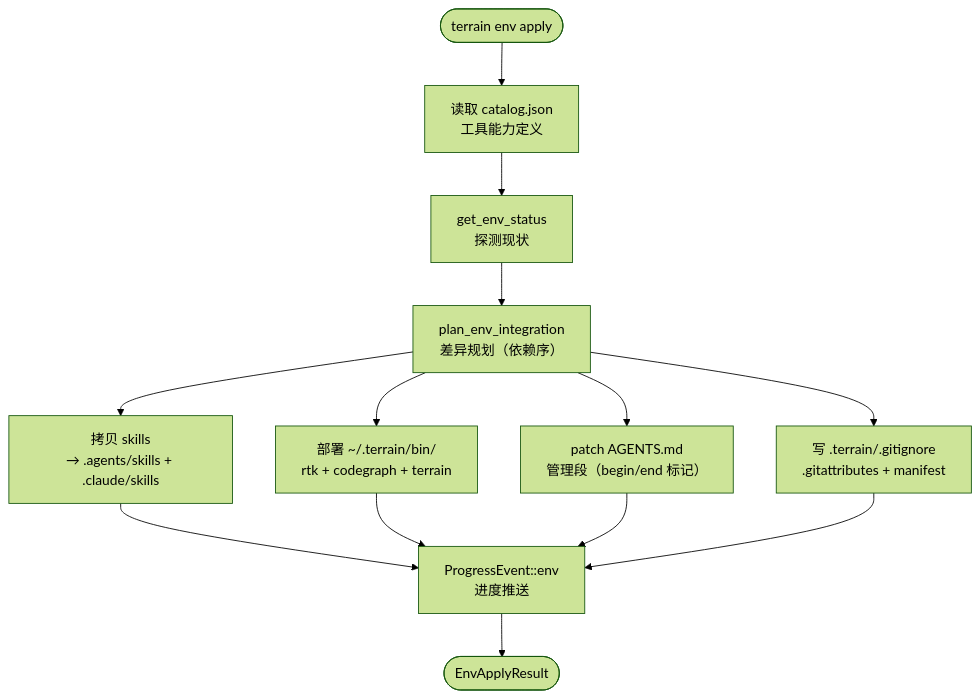
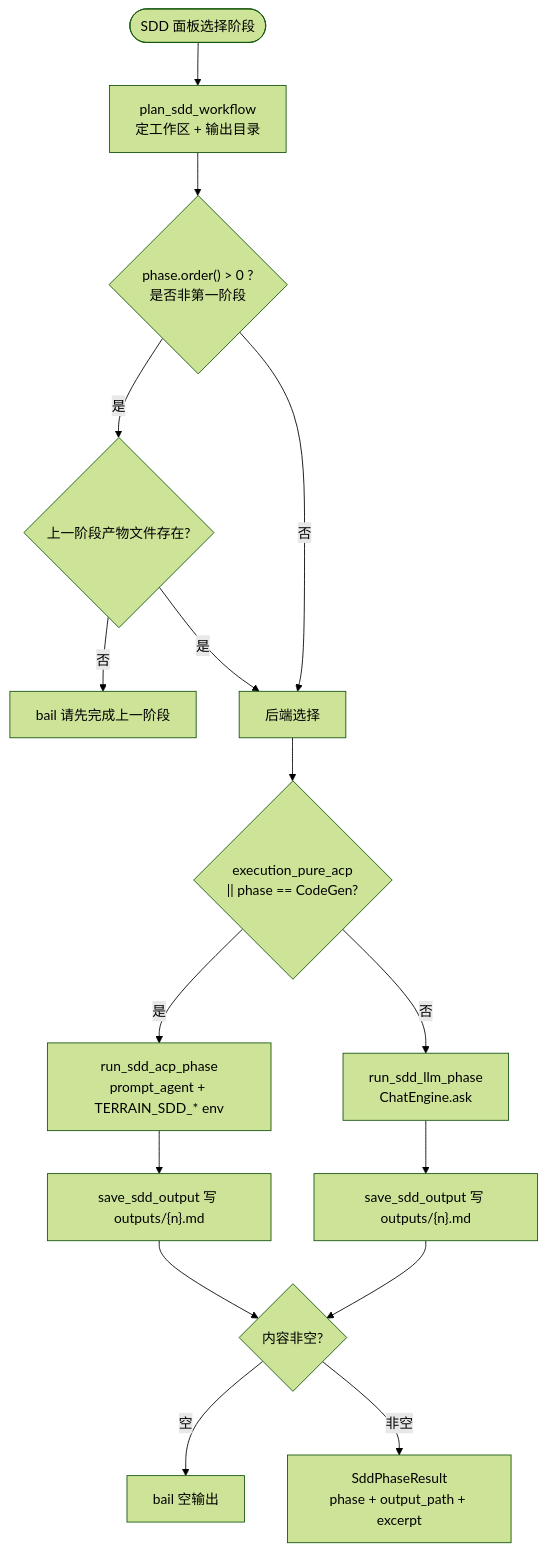
Before and after one commit to sopaco/terrain: the tenth of 11 diagrams in .terrain/human/3.工作流.md, drawn with Mermaid (forest theme). The commit also changed other lines of this file and 29 other files, not shown here.

````diff
--- a/.terrain/human/3.工作流.md
+++ b/.terrain/human/3.工作流.md
@@ -278,15 +312,18 @@
 ```mermaid
 flowchart TD
-    Start(["terrain env apply"]) --> CAT["读取 catalog.json<br/>工具能力定义"]
-    CAT --> STATUS["get_env_status<br/>探测现状"]
-    STATUS --> PLAN["plan_env_integration<br/>差异规划（依赖序）"]
-    PLAN --> STEP1["拷贝 skills<br/>→ .agents/skills + .claude/skills"]
-    PLAN --> STEP2["部署 ~/.terrain/bin/<br/>rtk + codegraph + terrain"]
-    PLAN --> STEP3["patch AGENTS.md<br/>管理段（begin/end 标记）"]
-    PLAN --> STEP4["写 .terrain/.gitignore<br/>.gitattributes + manifest"]
-    STEP1 --> PROG["ProgressEvent::env<br/>进度推送"]
-    STEP2 --> PROG
-    STEP3 --> PROG
-    STEP4 --> PROG
-    PROG --> DONE(["EnvApplyResult"])
+    Start([SDD 面板选择阶段]) --> A["plan_sdd_workflow<br/>定工作区 + 输出目录"]
+    A --> B{"phase.order() > 0 ?<br/>是否非第一阶段"}
+    B -- 是 --> C{"上一阶段产物文件存在?"}
+    C -- 否 --> D["bail 请先完成上一阶段"]
+    C -- 是 --> E["后端选择"]
+    B -- 否 --> E
+    E --> F{"execution_pure_acp<br/>|| phase == CodeGen?"}
+    F -- 是 --> G["run_sdd_acp_phase<br/>prompt_agent + TERRAIN_SDD_* env"]
+    F -- 否 --> H["run_sdd_llm_phase<br/>ChatEngine.ask"]
+    G --> I["save_sdd_output 写 outputs/{n}.md"]
+    H --> I2["save_sdd_output 写 outputs/{n}.md"]
+    I --> J{"内容非空?"}
+    I2 --> J
+    J -- 空 --> K["bail 空输出"]
+    J -- 非空 --> L["SddPhaseResult<br/>phase + output_path + excerpt"]
 ```
````
